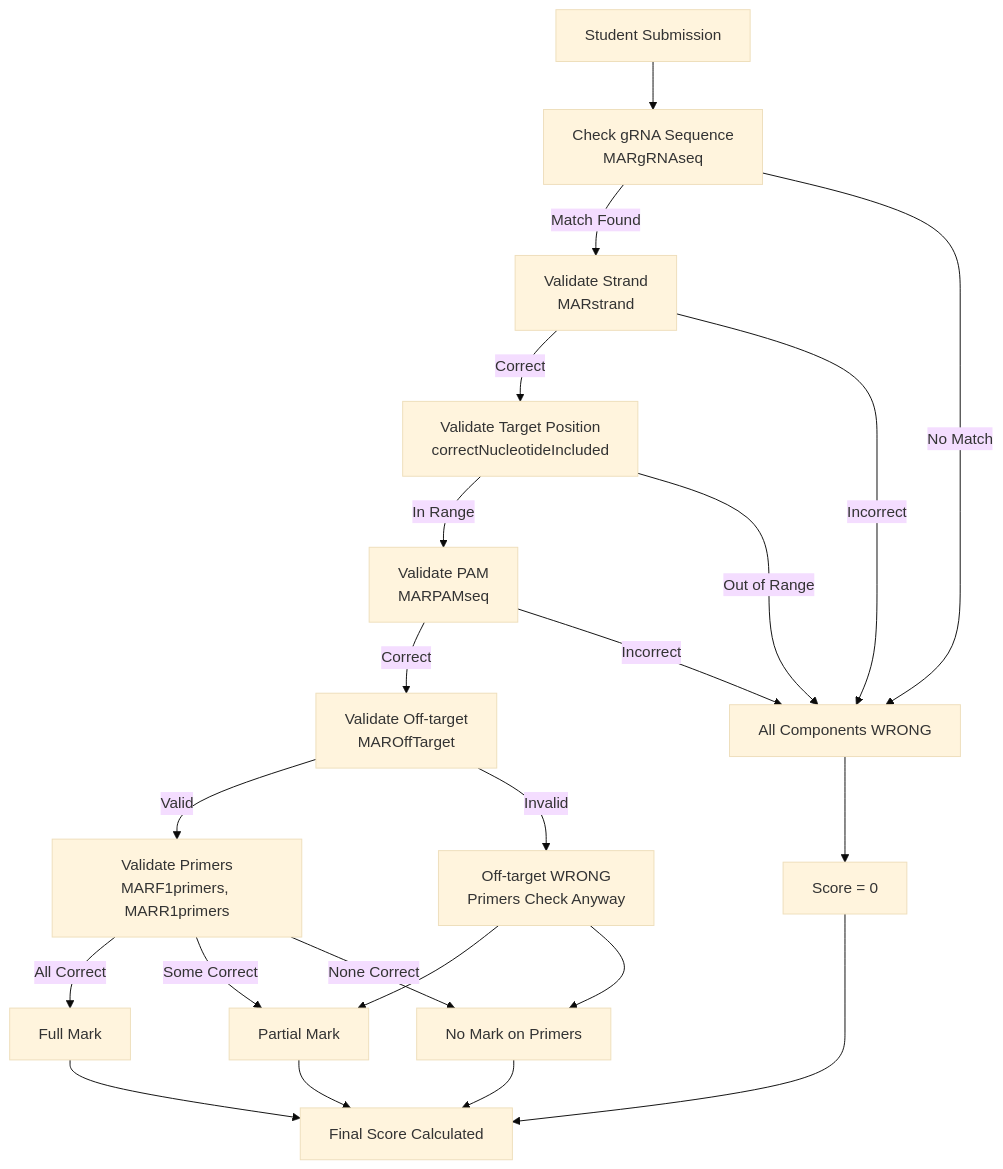
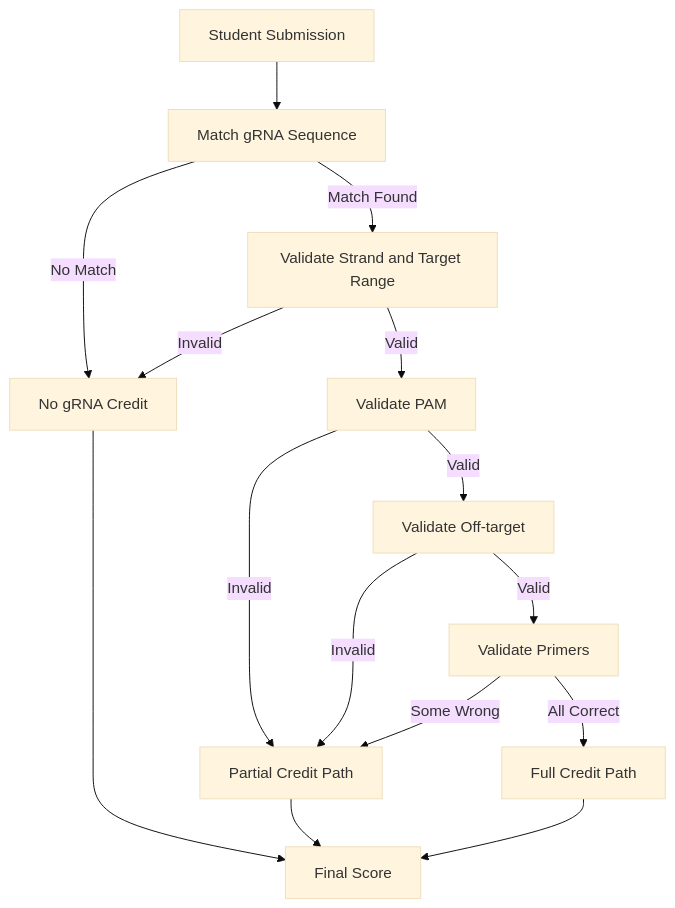
The second of 3 diagrams in docs/guides/marking-algorithm.md (AlexJSully/SciGrade), drawn with Mermaid (base theme) before and after one commit. The commit also changed other lines of this file and 15 other files, not shown here.

````diff
--- a/docs/guides/marking-algorithm.md
+++ b/docs/guides/marking-algorithm.md
@@ -211,24 +149,17 @@
 ```mermaid
 flowchart TD
-    A[Student Submission] --> B["Check gRNA Sequence<br/>MARgRNAseq"]
-    B -->|Match Found| C["Validate Strand<br/>MARstrand"]
-    B -->|No Match| D["All Components WRONG"]
-    C -->|Correct| E["Validate Target Position<br/>correctNucleotideIncluded"]
-    C -->|Incorrect| D
-    E -->|In Range| F["Validate PAM<br/>MARPAMseq"]
-    E -->|Out of Range| D
-    F -->|Correct| G["Validate Off-target<br/>MAROffTarget"]
-    F -->|Incorrect| D
-    G -->|Valid| H["Validate Primers<br/>MARF1primers, MARR1primers"]
-    G -->|Invalid| I["Off-target WRONG<br/>Primers Check Anyway"]
-    H -->|All Correct| J[Full Mark]
-    H -->|Some Correct| K[Partial Mark]
-    H -->|None Correct| L[No Mark on Primers]
-    I --> K
-    I --> L
-    D --> M[Score = 0]
-    J --> N[Final Score Calculated]
-    K --> N
-    L --> N
-    M --> N
+ A[Student Submission] --> B["Match gRNA Sequence"]
+ B -->|Match Found| C["Validate Strand and Target Range"]
+ B -->|No Match| D["No gRNA Credit"]
+ C -->|Valid| E["Validate PAM"]
+ C -->|Invalid| D
+ E -->|Valid| F["Validate Off-target"]
+ E -->|Invalid| G["Partial Credit Path"]
+ F -->|Valid| H["Validate Primers"]
+ F -->|Invalid| G
+ H -->|All Correct| I["Full Credit Path"]
+ H -->|Some Wrong| G
+ D --> J["Final Score"]
+ G --> J
+ I --> J
 ```
````
